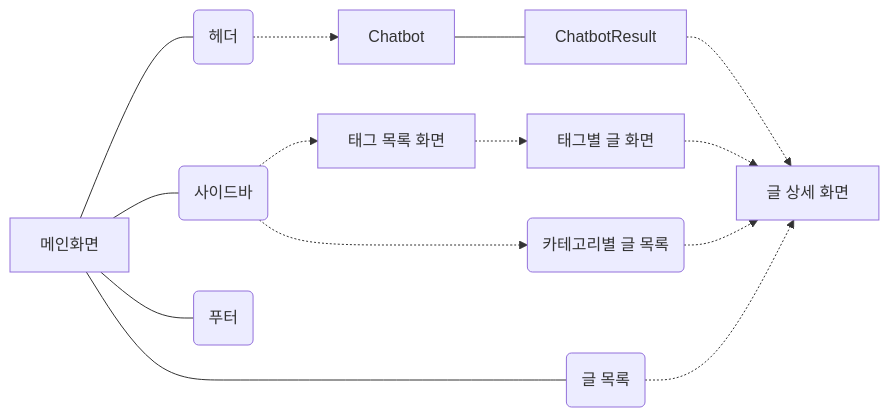
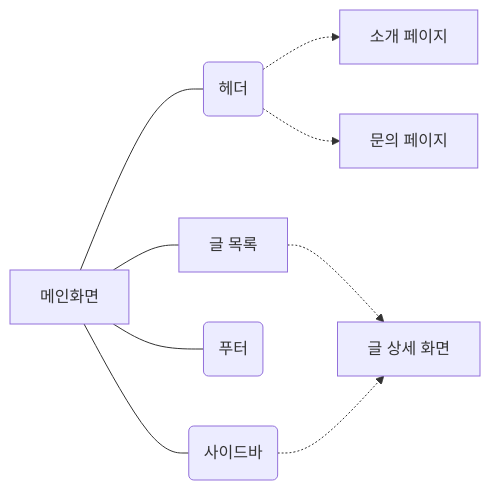
One commit to toris-dev/Toris_Blog changed the diagram in README.md. Above: the diagram before and after it, drawn with Mermaid. The commit also changed other lines of this file and 4 other files, not shown here.

````diff
--- a/README.md
+++ b/README.md
@@ -5,24 +21,20 @@
 ```mermaid
 flowchart LR
   Home[메인화면]
   SideBar(사이드바)
   Header(헤더)
   Footer(푸터)
-  List(글 목록)
+  List[글 목록]
+  Detail[글 상세 화면]
+  About[소개 페이지]
+  Contact[문의 페이지]
 
   Home --- Header
   Home --- Footer
   Home --- SideBar
   Home --- List
-
-  Detail[글 상세 화면]
-
-  TagList[태그 목록 화면]
-  Tag[태그별 글 화면]
-  Category(카테고리별 글 목록)
-
-  Header -.-> Chatbot --- ChatbotResult -.-> Detail
-  SideBar -.-> TagList -.-> Tag -.-> Detail
-  SideBar -.-> Category -.-> Detail
   List -.-> Detail
+  SideBar -.-> Detail
+  Header -.-> About
+  Header -.-> Contact
 ```
````
